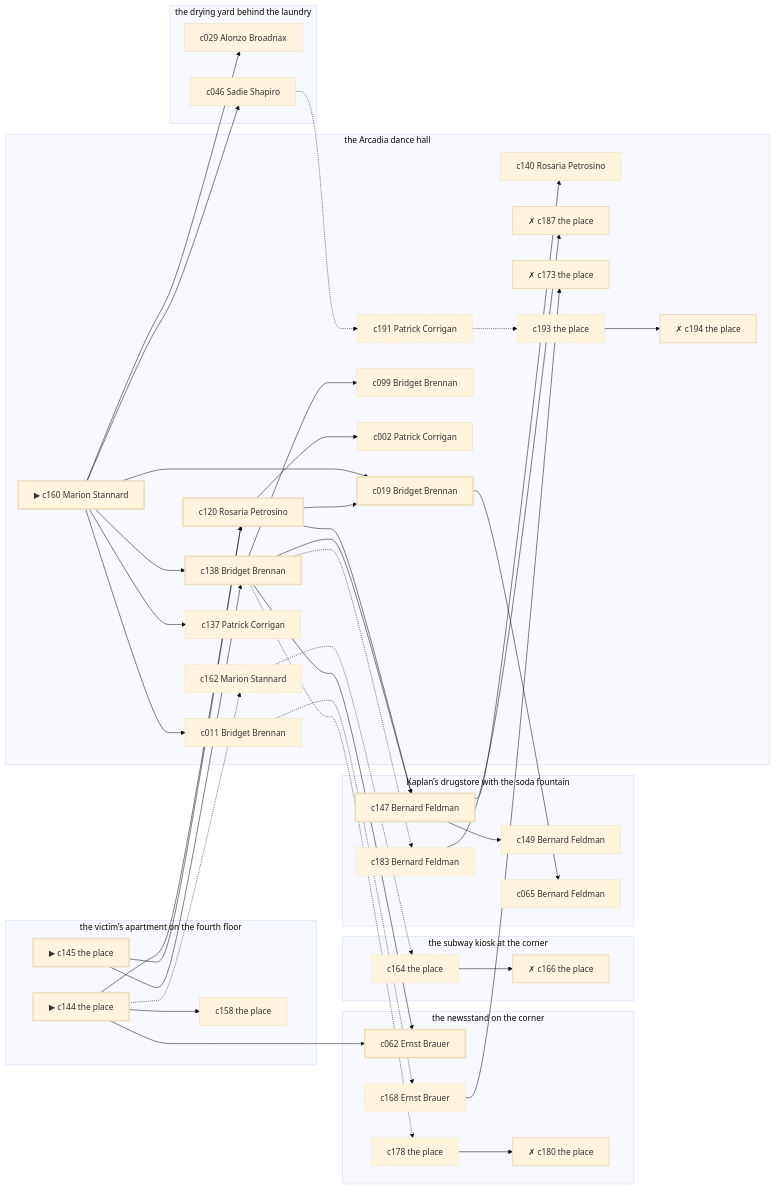
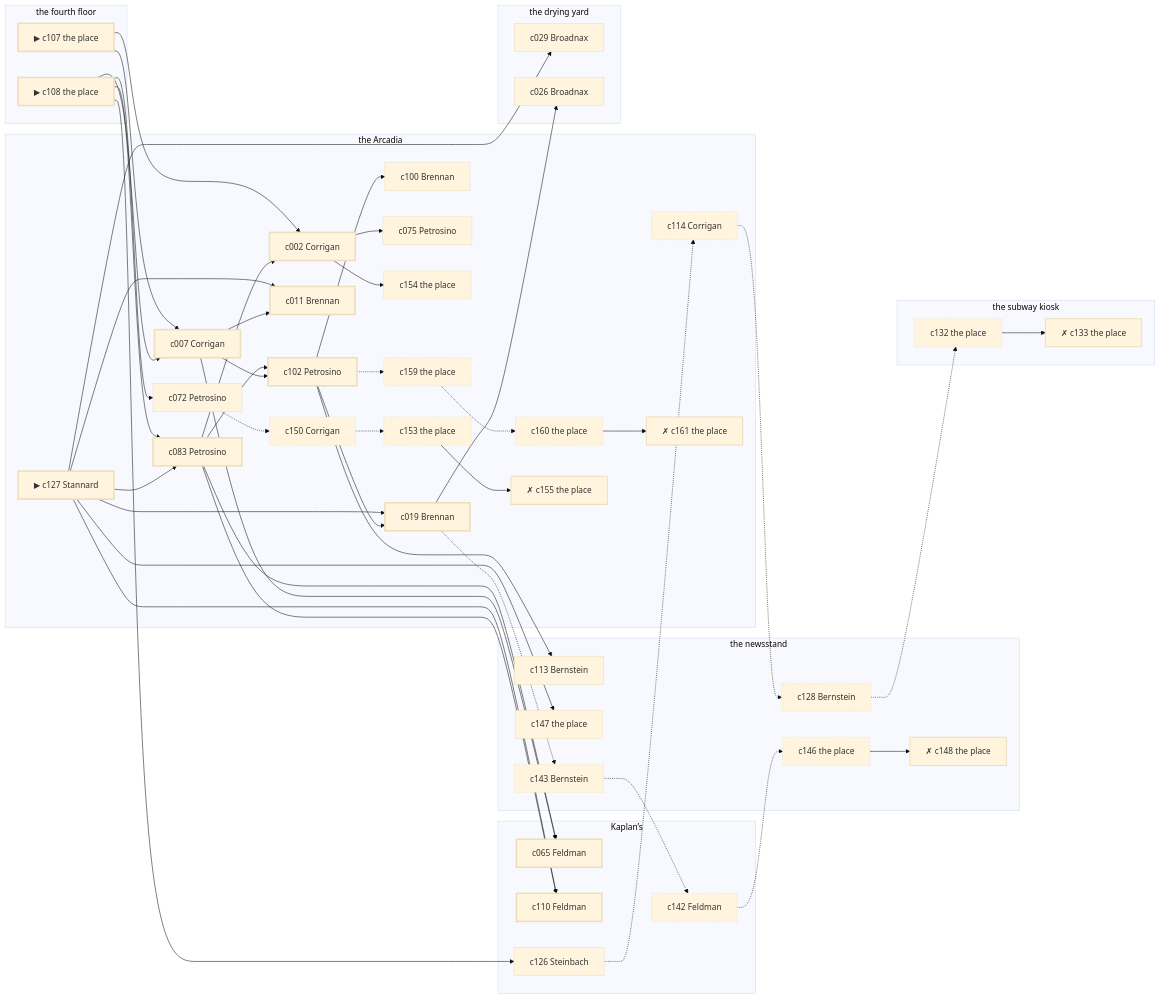
One commit to lyamshin/dashiell changed the diagram in docs/samples/case-2.md. Above: the diagram before and after it, drawn with Mermaid (base theme). The commit also changed other lines of this file and 60 other files, not shown here.

````diff
--- a/docs/samples/case-2.md
+++ b/docs/samples/case-2.md
@@ -306,85 +318,96 @@
 ```mermaid
 graph LR
-  subgraph P1["the newsstand on the corner"]
-    c062["c062 Ernst Brauer"]
-    c168["c168 Ernst Brauer"]
-    c178["c178 the place"]
-    c180["✗ c180 the place"]
+  subgraph P1["the newsstand"]
+    c113["c113 Bernstein"]
+    c147["c147 the place"]
+    c128["c128 Bernstein"]
+    c143["c143 Bernstein"]
+    c146["c146 the place"]
+    c148["✗ c148 the place"]
   end
-  subgraph P2["the subway kiosk at the corner"]
-    c164["c164 the place"]
-    c166["✗ c166 the place"]
+  subgraph P2["the subway kiosk"]
+    c132["c132 the place"]
+    c133["✗ c133 the place"]
   end
-  subgraph P3["Kaplan’s drugstore with the soda fountain"]
-    c147["c147 Bernard Feldman"]
-    c149["c149 Bernard Feldman"]
-    c065["c065 Bernard Feldman"]
-    c183["c183 Bernard Feldman"]
+  subgraph P3["Kaplan’s"]
+    c065["c065 Feldman"]
+    c110["c110 Feldman"]
+    c126["c126 Steinbach"]
+    c142["c142 Feldman"]
   end
-  subgraph P4["the victim’s apartment on the fourth floor"]
-    c144["▶ c144 the place"]
-    c145["▶ c145 the place"]
-    c158["c158 the place"]
+  subgraph P4["the fourth floor"]
+    c107["▶ c107 the place"]
+    c108["▶ c108 the place"]
   end
-  subgraph P5["the Arcadia dance hall"]
-    c160["▶ c160 Marion Stannard"]
-    c120["c120 Rosaria Petrosino"]
-    c138["c138 Bridget Brennan"]
-    c019["c019 Bridget Brennan"]
-    c099["c099 Bridget Brennan"]
-    c002["c002 Patrick Corrigan"]
-    c140["c140 Rosaria Petrosino"]
-    c011["c011 Bridget Brennan"]
-    c137["c137 Patrick Corrigan"]
-    c187["✗ c187 the place"]
-    c162["c162 Marion Stannard"]
-    c173["✗ c173 the place"]
-    c191["c191 Patrick Corrigan"]
-    c193["c193 the place"]
-    c194["✗ c194 the place"]
+  subgraph P5["the Arcadia"]
+    c127["▶ c127 Stannard"]
+    c083["c083 Petrosino"]
+    c007["c007 Corrigan"]
+    c102["c102 Petrosino"]
+    c002["c002 Corrigan"]
+    c011["c011 Brennan"]
+    c019["c019 Brennan"]
+    c100["c100 Brennan"]
+    c072["c072 Petrosino"]
+    c075["c075 Petrosino"]
+    c154["c154 the place"]
+    c114["c114 Corrigan"]
+    c159["c159 the place"]
+    c160["c160 the place"]
+    c161["✗ c161 the place"]
+    c150["c150 Corrigan"]
+    c153["c153 the place"]
+    c155["✗ c155 the place"]
   end
-  subgraph P6["the drying yard behind the laundry"]
-    c029["c029 Alonzo Broadnax"]
-    c046["c046 Sadie Shapiro"]
+  subgraph P6["the drying yard"]
+    c029["c029 Broadnax"]
+    c026["c026 Broadnax"]
   end
-  c144 --> c120
-  c144 --> c062
-  c144 --> c158
-  c144 -.-> c162
-  c145 --> c120
-  c145 --> c138
-  c160 --> c138
-  c160 --> c019
-  c160 --> c029
-  c160 --> c011
-  c160 --> c137
-  c160 --> c046
-  c120 --> c019
-  c120 --> c147
-  c120 --> c002
-  c138 --> c062
-  c138 --> c147
-  c138 --> c099
-  c138 -.-> c183
-  c138 -.-> c178
-  c019 --> c065
-  c147 --> c149
-  c147 --> c140
-  c011 -.-> c168
-  c046 -.-> c191
-  c183 --> c187
-  c162 -.-> c164
-  c164 --> c166
-  c168 --> c173
-  c178 --> c180
-  c191 -.-> c193
-  c193 --> c194
+  c107 --> c007
+  c107 --> c002
+  c108 --> c083
+  c108 --> c007
+  c108 --> c126
+  c108 --> c072
+  c127 --> c083
+  c127 --> c011
+  c127 --> c019
+  c127 --> c110
+  c127 --> c029
+  c127 --> c147
+  c083 --> c102
+  c083 --> c002
+  c083 --> c065
+  c083 --> c110
+  c007 --> c102
+  c007 --> c011
+  c007 --> c065
+  c102 --> c019
+  c102 --> c113
+  c102 --> c100
+  c102 -.-> c159
+  c002 --> c075
+  c002 --> c154
+  c019 --> c026
+  c019 -.-> c143
+  c126 -.-> c114
+  c072 -.-> c150
+  c114 -.-> c128
+  c128 -.-> c132
+  c132 --> c133
+  c143 -.-> c142
+  c142 -.-> c146
+  c146 --> c148
+  c159 -.-> c160
+  c160 --> c161
+  c150 -.-> c153
+  c153 --> c155
   classDef spine stroke-width:3px;
   classDef corrob stroke-width:1px;
   classDef noise stroke-dasharray: 4 3;
   classDef disq stroke-width:2px,stroke-dasharray: 1 0;
-  class c144,c145,c160,c120,c138,c019,c062,c147 spine;
-  class c099,c029,c149,c002,c140,c158,c065,c011,c137,c046 corrob;
-  class c183,c162,c164,c168,c178,c191,c193 noise;
-  class c187,c166,c173,c180,c194 disq;
+  class c107,c108,c127,c083,c007,c102,c002,c011,c019,c065,c110 spine;
+  class c113,c029,c126,c100,c026,c072,c075,c147,c154 corrob;
+  class c114,c128,c132,c143,c142,c146,c159,c160,c150,c153 noise;
+  class c133,c148,c161,c155 disq;
 ```
````
